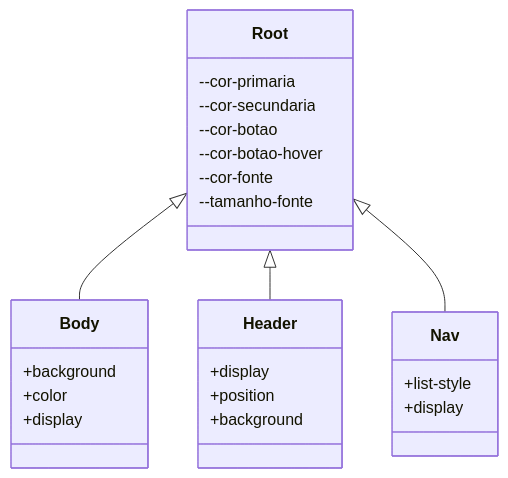
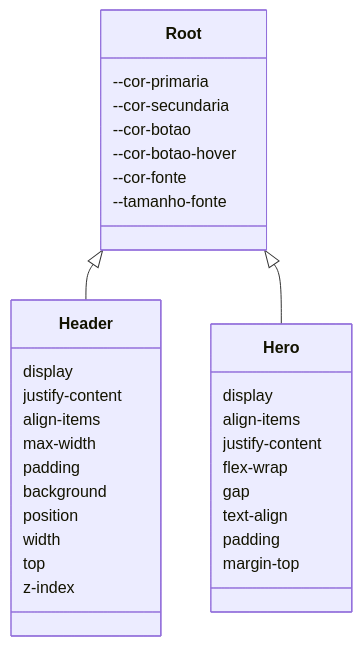
Before and after one commit to Dotter-Brasil/modelo-ci-cd-versionamento: the first of 2 diagrams in documentacao/documentacao_bruta_style.css.md, drawn with Mermaid. The commit also changed other lines of this file and 11 other files, not shown here.

````diff
--- a/documentacao/documentacao_bruta_style.css.md
+++ b/documentacao/documentacao_bruta_style.css.md
@@ -149,28 +160,35 @@
 ```mermaid
 classDiagram
     class Root {
         --cor-primaria
         --cor-secundaria
         --cor-botao
         --cor-botao-hover
         --cor-fonte
         --tamanho-fonte
     }
-    class Body {
-        +background
-        +color
-        +display
+    class Header {
+        display
+        justify-content
+        align-items
+        max-width
+        padding
+        background
+        position
+        width
+        top
+        z-index
     }
-    class Header {
-        +display
-        +position
-        +background
+    class Hero {
+        display
+        align-items
+        justify-content
+        flex-wrap
+        gap
+        text-align
+        padding
+        margin-top
     }
-    class Nav {
-        +list-style
-        +display
-    }
-    Root <|-- Body
     Root <|-- Header
-    Root <|-- Nav
+    Root <|-- Hero
 ```
````
